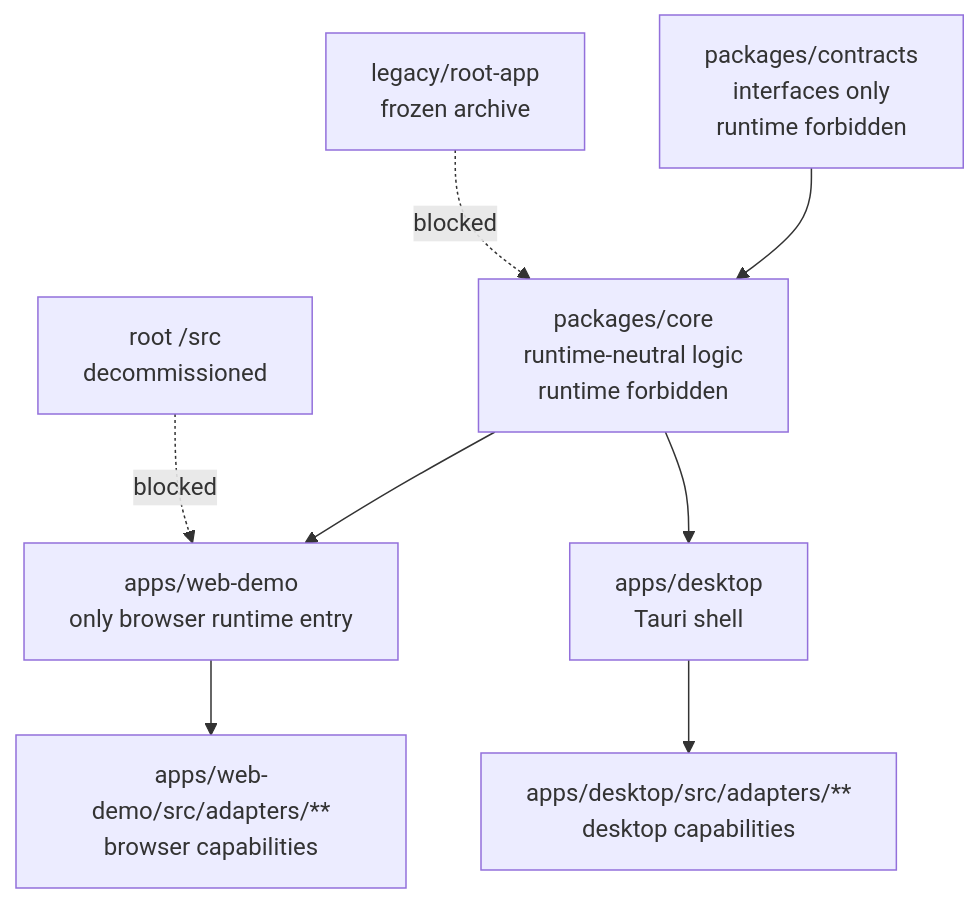
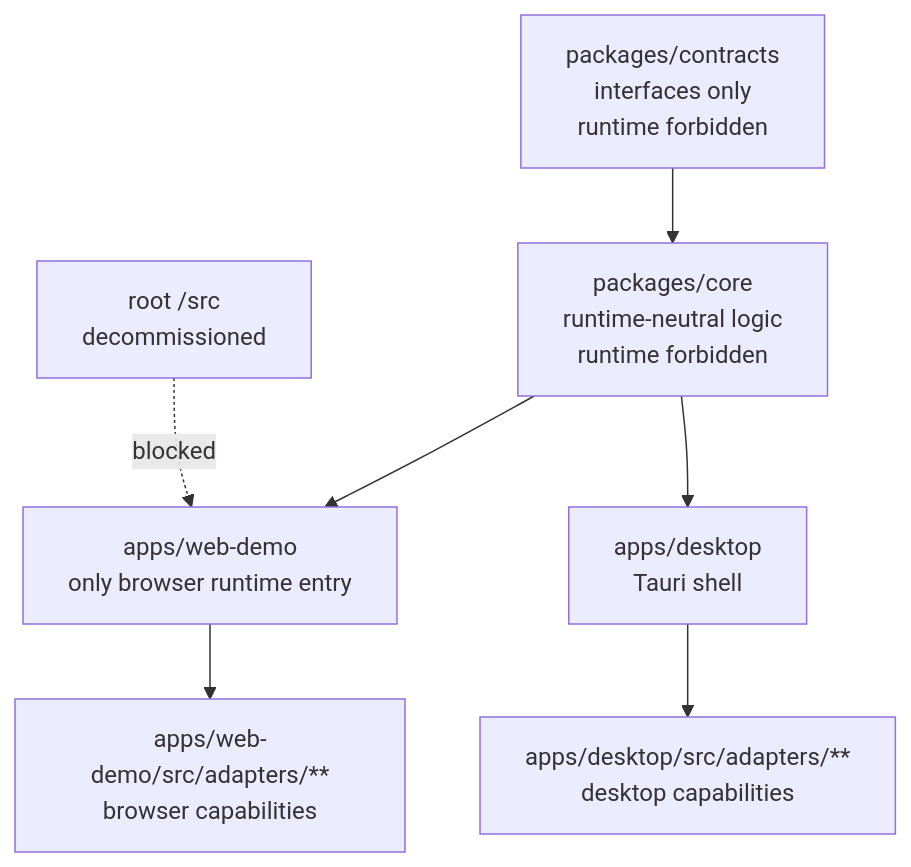
The diagram in docs/generated/graphs/runtime-boundary-graph.mmd (ichichuang/ccd), drawn with Mermaid before and after one commit. The commit also changed 943 other files, not shown here.

```diff
--- a/docs/generated/graphs/runtime-boundary-graph.mmd
+++ b/docs/generated/graphs/runtime-boundary-graph.mmd
@@ -1,8 +1,7 @@
 graph TD
   Contracts["packages/contracts<br/>interfaces only<br/>runtime forbidden"] --> Core["packages/core<br/>runtime-neutral logic<br/>runtime forbidden"]
   Core --> Web["apps/web-demo<br/>only browser runtime entry"]
   Core --> Desktop["apps/desktop<br/>Tauri shell"]
   Web --> WebAdapters["apps/web-demo/src/adapters/**<br/>browser capabilities"]
   Desktop --> DesktopAdapters["apps/desktop/src/adapters/**<br/>desktop capabilities"]
   Root["root /src<br/>decommissioned"] -. blocked .-> Web
-  Legacy["legacy/root-app<br/>frozen archive"] -. blocked .-> Core
```
